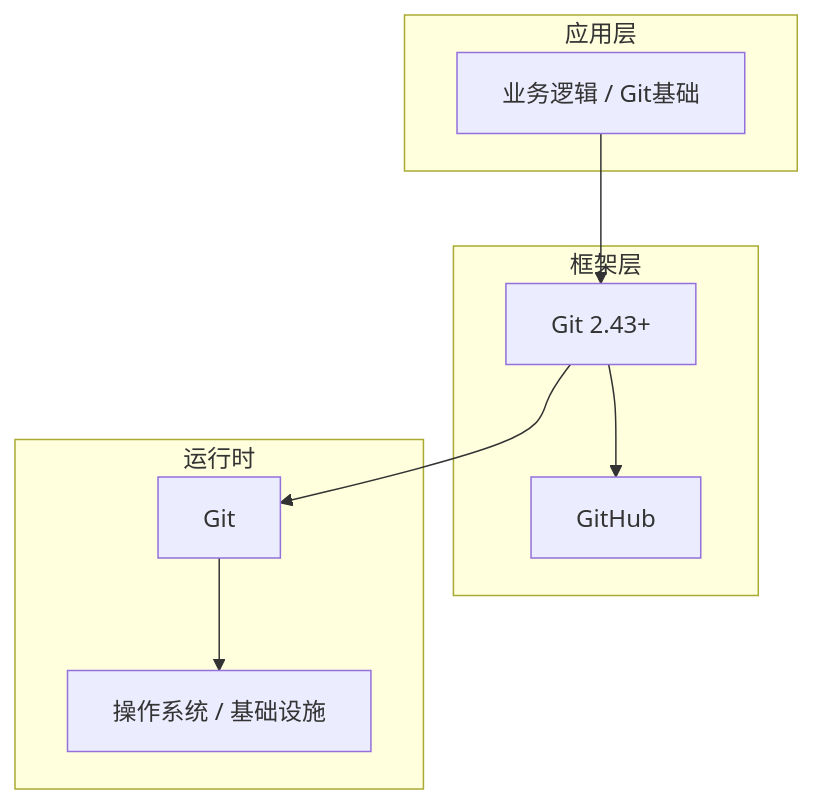
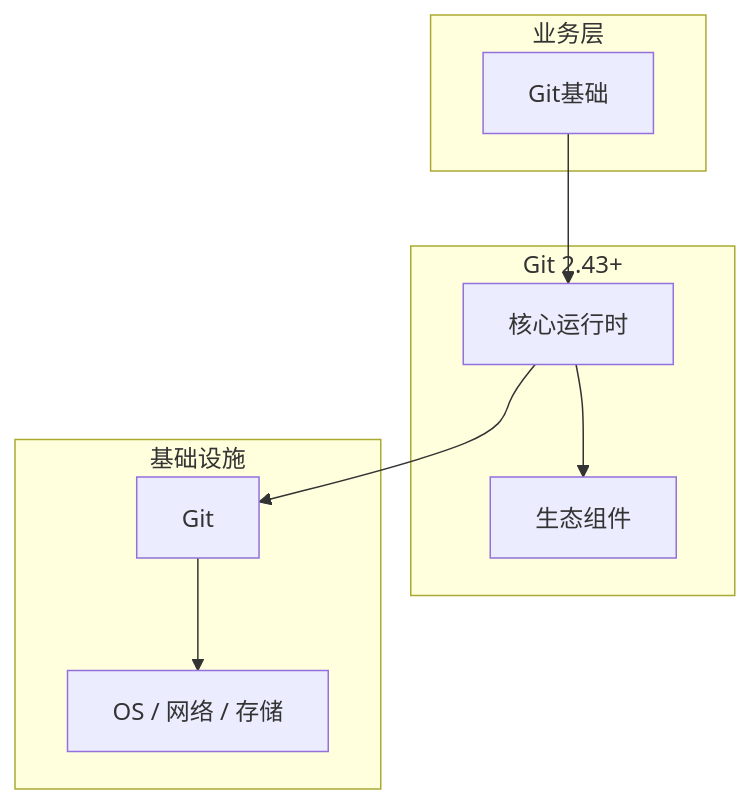
One commit to yanggan2015/knowledge-json-v2 changed the diagram in articles/Git版本控制/chapters/001-Git基础核心概念与原理.md. Above: the diagram before and after it, drawn with Mermaid. The commit also changed other lines of this file and 10127 other files, not shown here.

````diff
--- a/articles/Git版本控制/chapters/001-Git基础核心概念与原理.md
+++ b/articles/Git版本控制/chapters/001-Git基础核心概念与原理.md
@@ -45,18 +34,18 @@
 ```mermaid
 graph TB
-    subgraph 应用层
-        A[业务逻辑 / Git基础]
+    subgraph 业务层
+        A[Git基础]
     end
-    subgraph 框架层
-        B[Git 2.43+]
-        C[GitHub]
+    subgraph Git 2.43+
+        B[核心运行时]
+        C[生态组件]
     end
-    subgraph 运行时
+    subgraph 基础设施
         D[Git]
-        E[操作系统 / 基础设施]
+        E[OS / 网络 / 存储]
     end
     A --> B
     B --> C
     B --> D
     D --> E
 ```
````
